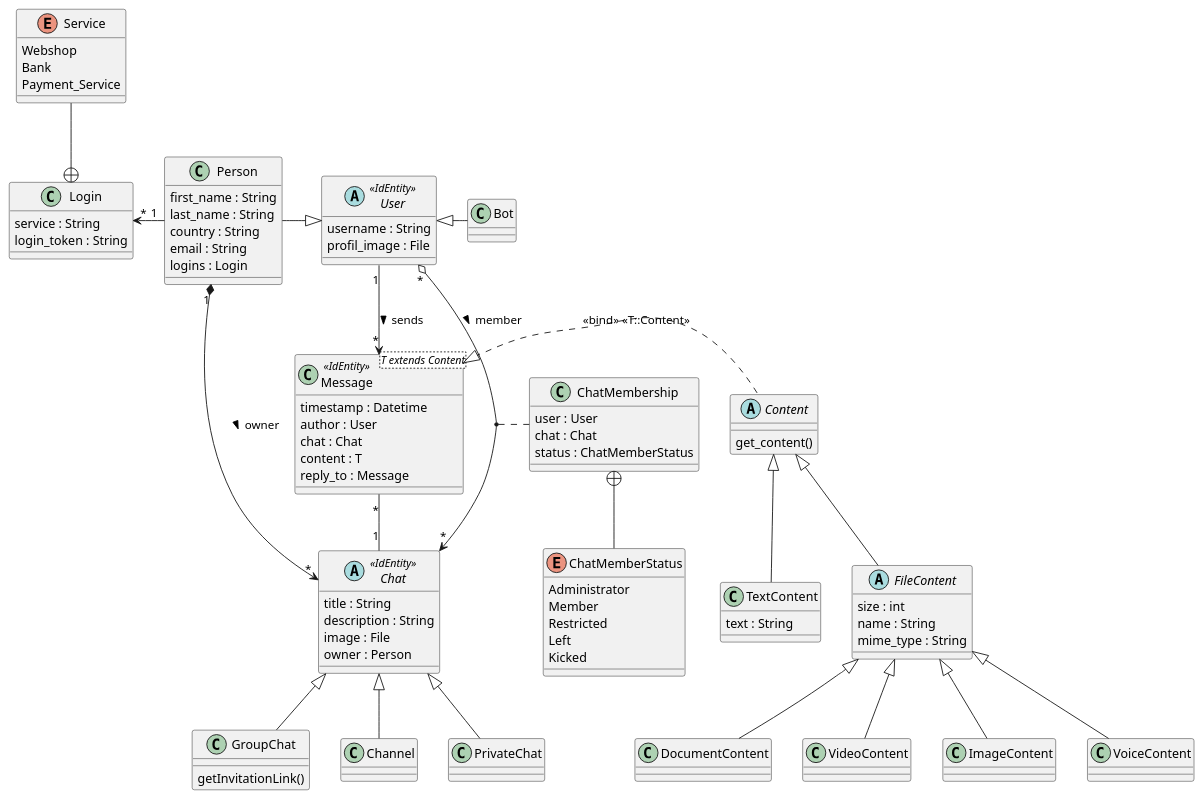
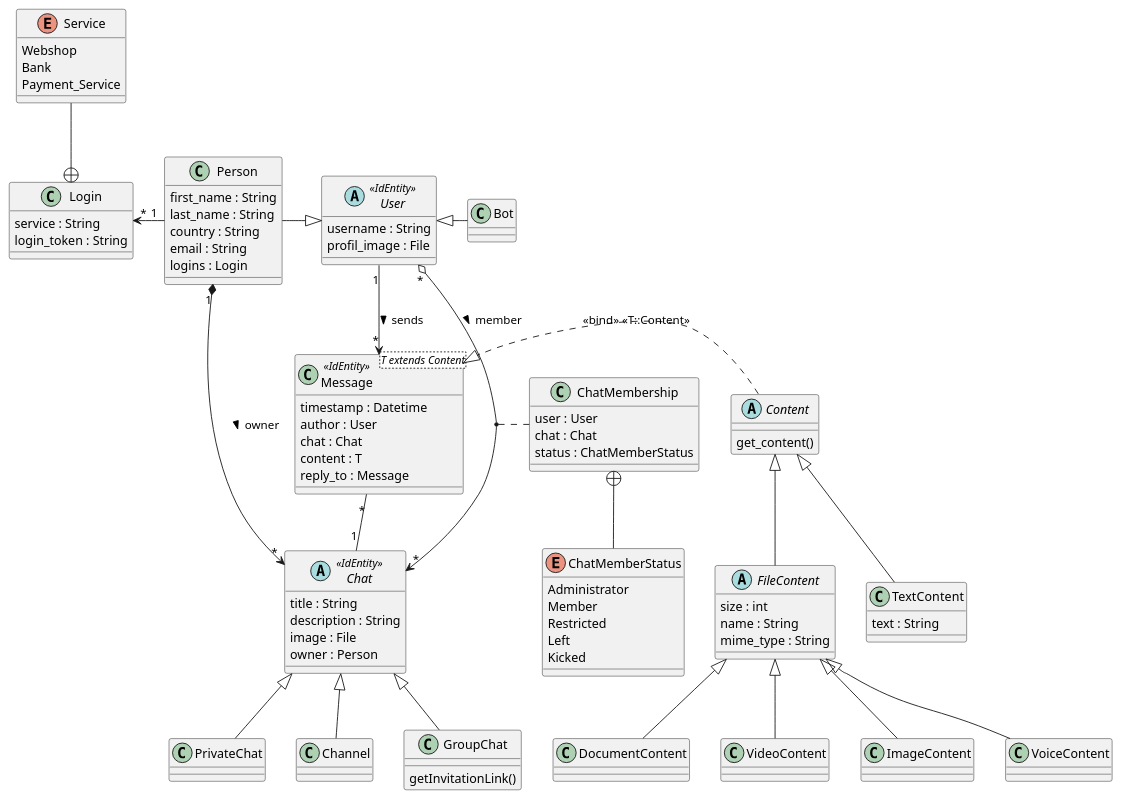
One commit to bbenno/oth-sw changed the diagram in src/doc/uml-domain.pu. Above: the diagram before and after it, drawn with PlantUML.

Commit message:
Restructure UML domain digram
order classes in alphabetical order

```diff
--- a/src/doc/uml-domain.pu
+++ b/src/doc/uml-domain.pu
@@ -1,108 +1,108 @@
 @startuml
 
-class Person {
-    first_name : String
-    last_name : String
-    country : String
-    email : String
-    logins : Login
-}
-
-class Login {
-    service : String
-    login_token : String
-}
-
-enum Service {
-    Webshop
-    Bank
-    Payment_Service
-}
-
-abstract class User <<IdEntity>> {
-    username : String
-    profil_image : File
-}
-
+' classes in alphabetical order
 abstract class Chat <<IdEntity>> {
     title : String
     description : String
     image : File
     owner : Person
-}
-
-class PrivateChat
-
-class GroupChat {
-    getInvitationLink()
 }
 
 class ChatMembership {
     user : User
     chat : Chat
     status : ChatMemberStatus
 }
 
 enum ChatMemberStatus {
     Administrator
     Member
     Restricted
     Left
     Kicked
 }
 
-ChatMembership +-- ChatMemberStatus
+abstract class Content {
+    get_content()
+}
+
+abstract class FileContent {
+    size : int
+    name : String
+    mime_type : String
+}
+
+class GroupChat {
+    getInvitationLink()
+}
+
+class Login {
+    service : String
+    login_token : String
+}
 
 class Message <T extends Content> <<IdEntity>> {
     timestamp : Datetime
     author : User
     chat : Chat
     content : T
     reply_to : Message
 }
 
-abstract class Content {
-    get_content()
+class Person {
+    first_name : String
+    last_name : String
+    country : String
+    email : String
+    logins : Login
+}
+
+class PrivateChat
+
+enum Service {
+    Webshop
+    Bank
+    Payment_Service
 }
 
 class TextContent {
     text : String
 }
 
-abstract class FileContent {
-    size : int
-    name : String
-    mime_type : String
+abstract class User <<IdEntity>> {
+    username : String
+    profil_image : File
 }
 
+ChatMembership +-- ChatMemberStatus
 
 Person -|> User
 User <|- Bot
 
 Service --+ Login
 
 Login "*" <- "1" Person
 
 ' Attachment inheritance
 Chat <|-- PrivateChat
 Chat <|-- GroupChat
 Chat <|-- Channel
 
 ' Content inheritance
 Content <|-- TextContent
 Content <|-- FileContent
 FileContent <|-- VideoContent
 FileContent <|-- ImageContent
 FileContent <|-- VoiceContent
 FileContent <|-- DocumentContent
 
 User "*" o--> "*" Chat : member >
 (User, Chat) .. ChatMembership
 Person "1" *--> "*" Chat : owner >
 
 User "1" --> "*" Message : sends >
 Message "*" -- "1" Chat
 
 Message <|. Content : <<bind>> <<T::Content>>
 
 @enduml
```
